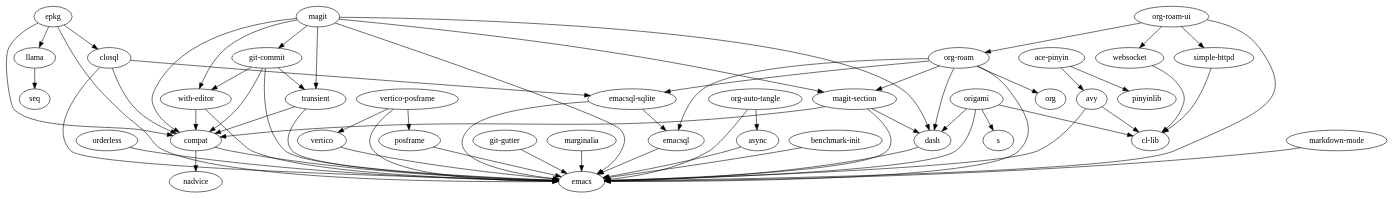
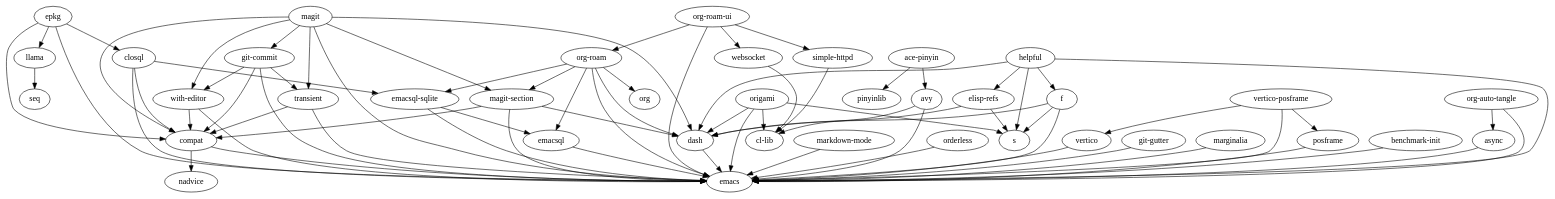
Before and after one commit to suliveevil/emacs.d: the diagram in assets/emacs-package-dependency.dot, drawn with Graphviz. The commit also changed 12 other files, not shown here.

```diff
--- a/assets/emacs-package-dependency.dot
+++ b/assets/emacs-package-dependency.dot
@@ -1,66 +1,76 @@
 digraph G {"epkg" -> "emacs";
 "epkg" -> "compat";
 "epkg" -> "closql";
 "epkg" -> "llama";
 "emacsql" -> "emacs";
 "markdown-mode" -> "emacs";
 "websocket" -> "cl-lib";
 "orderless" -> "emacs";
 "transient" -> "emacs";
 "transient" -> "compat";
 "org-roam" -> "emacs";
 "org-roam" -> "dash";
 "org-roam" -> "org";
 "org-roam" -> "emacsql";
 "org-roam" -> "emacsql-sqlite";
 "org-roam" -> "magit-section";
 "posframe" -> "emacs";
 "magit" -> "emacs";
 "magit" -> "compat";
 "magit" -> "dash";
 "magit" -> "git-commit";
 "magit" -> "magit-section";
 "magit" -> "transient";
 "magit" -> "with-editor";
 "vertico" -> "emacs";
 "ace-pinyin" -> "avy";
 "ace-pinyin" -> "pinyinlib";
 "magit-section" -> "emacs";
 "magit-section" -> "compat";
 "magit-section" -> "dash";
 "compat" -> "emacs";
 "compat" -> "nadvice";
 "simple-httpd" -> "cl-lib";
 "git-gutter" -> "emacs";
 "marginalia" -> "emacs";
 "dash" -> "emacs";
 "closql" -> "emacs";
 "closql" -> "compat";
 "closql" -> "emacsql-sqlite";
 "with-editor" -> "emacs";
 "with-editor" -> "compat";
 "git-commit" -> "emacs";
 "git-commit" -> "compat";
 "git-commit" -> "transient";
 "git-commit" -> "with-editor";
 "async" -> "emacs";
 "origami" -> "s";
 "origami" -> "dash";
 "origami" -> "emacs";
 "origami" -> "cl-lib";
 "avy" -> "emacs";
 "avy" -> "cl-lib";
+"helpful" -> "emacs";
+"helpful" -> "dash";
+"helpful" -> "s";
+"helpful" -> "f";
+"helpful" -> "elisp-refs";
 "vertico-posframe" -> "emacs";
 "vertico-posframe" -> "posframe";
 "vertico-posframe" -> "vertico";
 "org-auto-tangle" -> "emacs";
 "org-auto-tangle" -> "async";
+"elisp-refs" -> "dash";
+"elisp-refs" -> "s";
 "org-roam-ui" -> "emacs";
 "org-roam-ui" -> "org-roam";
 "org-roam-ui" -> "simple-httpd";
 "org-roam-ui" -> "websocket";
 "emacsql-sqlite" -> "emacs";
 "emacsql-sqlite" -> "emacsql";
+"f" -> "emacs";
+"f" -> "s";
+"f" -> "dash";
 "benchmark-init" -> "emacs";
 "llama" -> "seq";
 }
```
